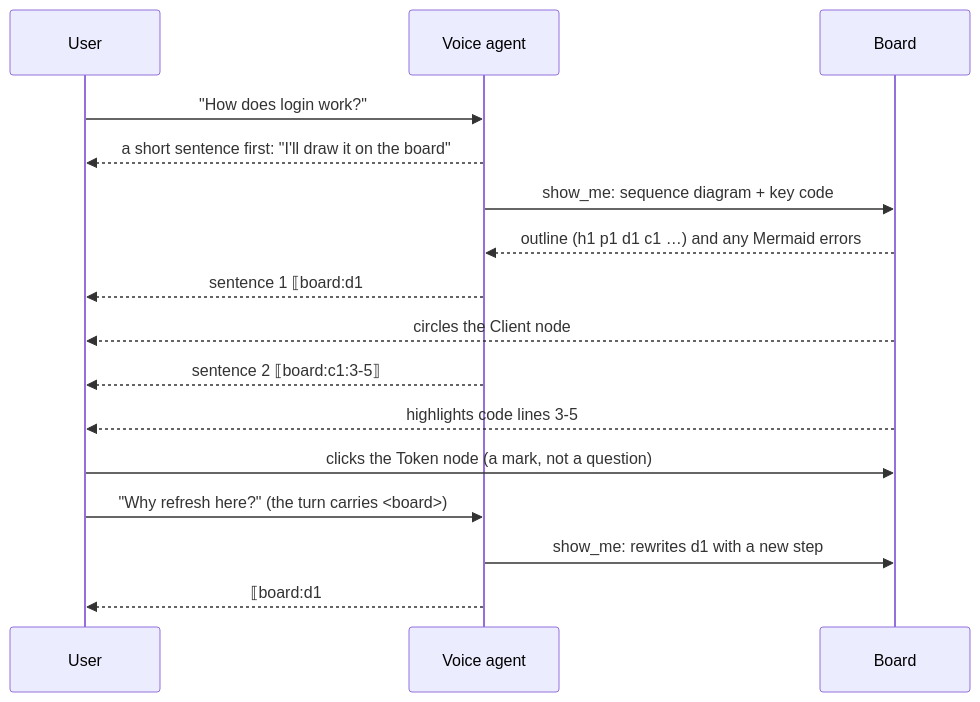
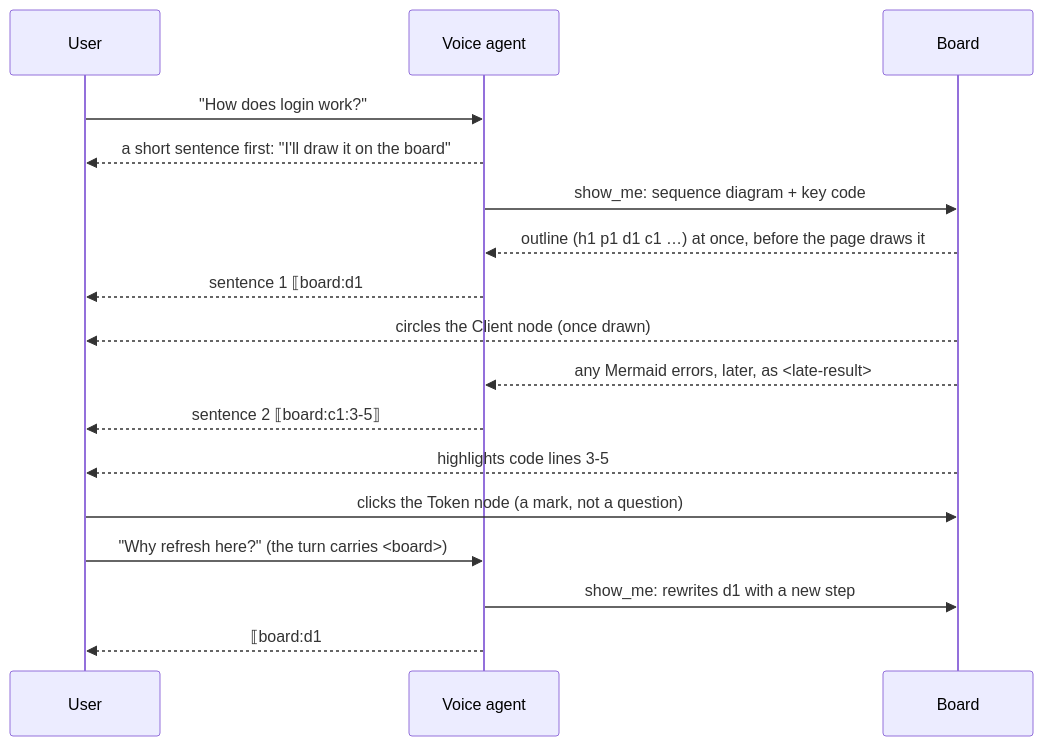
The diagram in docs/blackboard.md (zhenguo1492/pi-fellow), drawn with Mermaid before and after one commit. The commit also changed other lines of this file and 33 other files, not shown here.

````diff
--- a/docs/blackboard.md
+++ b/docs/blackboard.md
@@ -7,18 +7,19 @@
 ```mermaid
 sequenceDiagram
     participant U as User
     participant AI as Voice agent
     participant B as Board
     U->>AI: "How does login work?"
     AI-->>U: a short sentence first: "I'll draw it on the board"
     AI->>B: show_me: sequence diagram + key code
-    B-->>AI: outline (h1 p1 d1 c1 …) and any Mermaid errors
+    B-->>AI: outline (h1 p1 d1 c1 …) at once, before the page draws it
     AI-->>U: sentence 1 ⟦board:d1#Client⟧
-    B-->>U: circles the Client node
+    B-->>U: circles the Client node (once drawn)
+    B-->>AI: any Mermaid errors, later, as <late-result>
     AI-->>U: sentence 2 ⟦board:c1:3-5⟧
     B-->>U: highlights code lines 3-5
     U->>B: clicks the Token node (a mark, not a question)
     U->>AI: "Why refresh here?" (the turn carries <board>)
     AI->>B: show_me: rewrites d1 with a new step
     AI-->>U: ⟦board:d1#Refresh⟧ "it goes here…"
 ```
````
